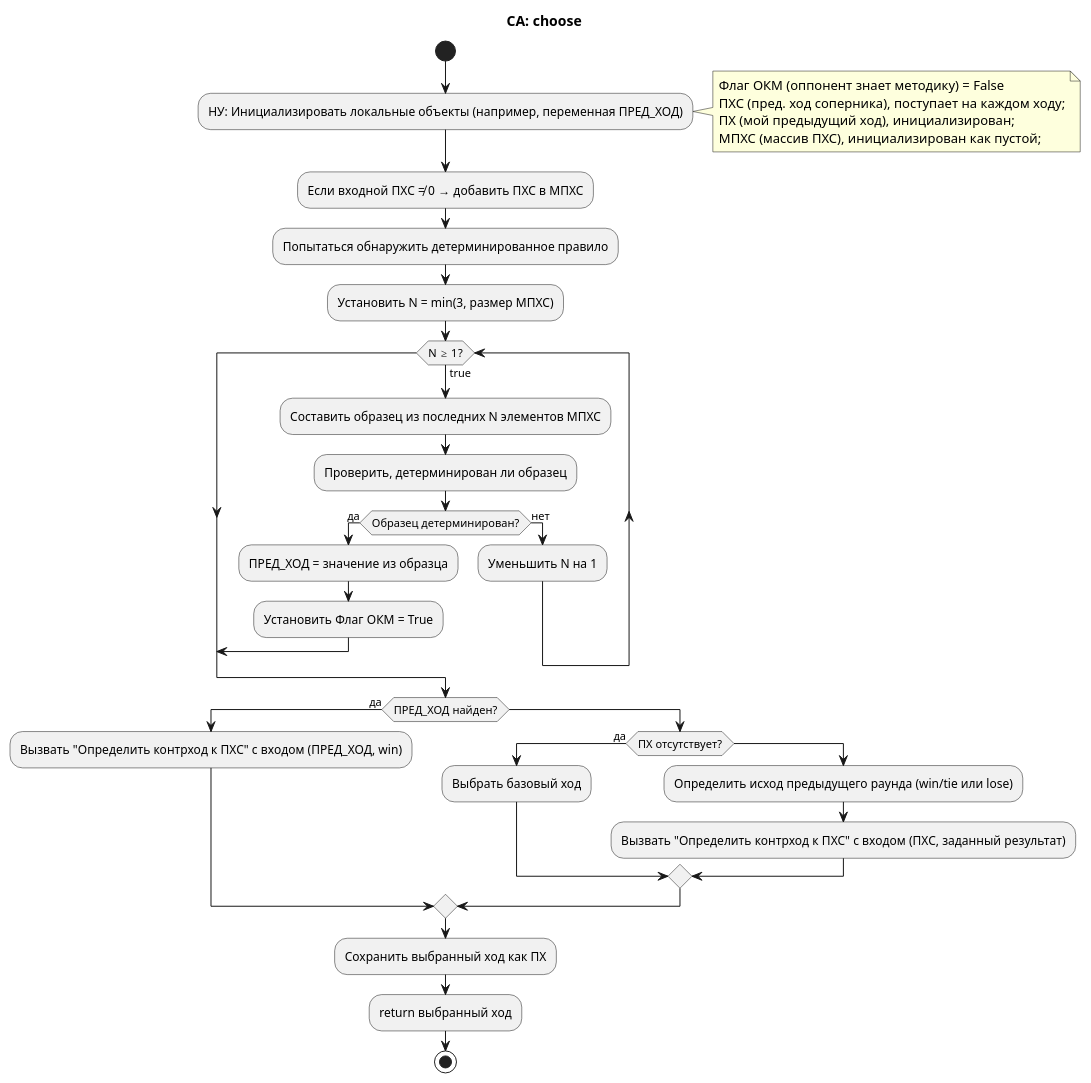
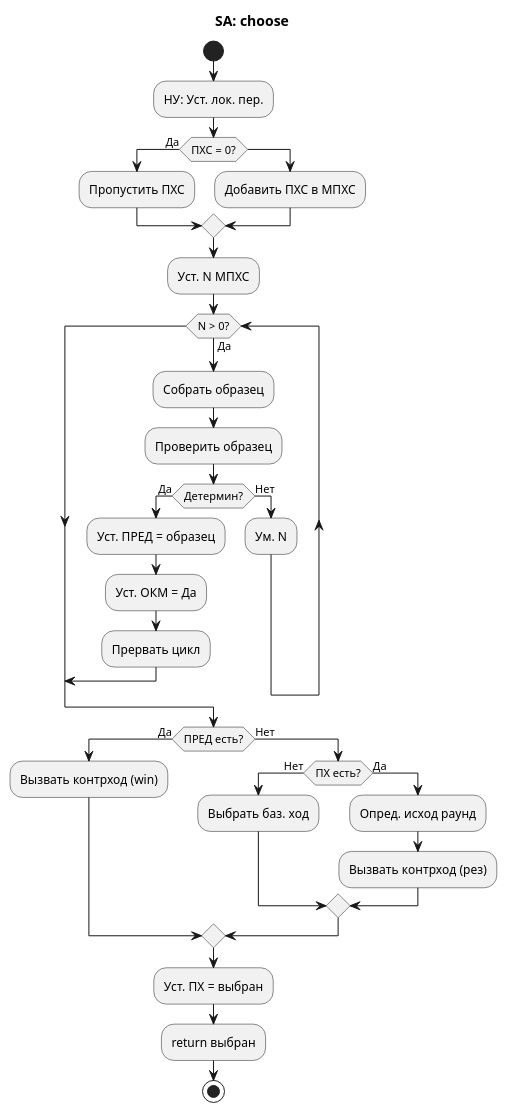
The diagram in plantuml/choose.puml (Soundflog/rps-bot-python), drawn with PlantUML before and after one commit. The commit also changed other lines of this file and 1 other file, not shown here.

Commit message:
SA Choose puml

```diff
--- a/plantuml/choose.puml
+++ b/plantuml/choose.puml
@@ -1,40 +1,36 @@
 @startuml SA_choose
-title СА: choose
+title SA: choose
 start
-:НУ: Инициализировать локальные объекты (например, переменная ПРЕД_ХОД);
-note right
-    Флаг ОКМ (оппонент знает методику) = False
-    ПХС (пред. ход соперника), поступает на каждом ходу;
-    ПХ (мой предыдущий ход), инициализирован;
-    МПХС (массив ПХС), инициализирован как пустой;
-end note
-:Если входной ПХС ≠ 0 → добавить ПХС в МПХС;
-:Попытаться обнаружить детерминированное правило;
-
-:Установить N = min(3, размер МПХС);
-while (N ≥ 1?) is (true)
-  :Составить образец из последних N элементов МПХС;
-  :Проверить, детерминирован ли образец;
-  if (Образец детерминирован?) then (да)
-    :ПРЕД_ХОД = значение из образца;
-    :Установить Флаг ОКМ = True;
+:НУ: Уст. лок. пер.;
+if (ПХС = 0?) then (Да)
+  :Пропустить ПХС;
+else
+  :Добавить ПХС в МПХС;
+endif
+:Уст. N МПХС;
+while (N > 0?) is (Да)
+  :Собрать образец;
+  :Проверить образец;
+  if (Детермин?) then (Да)
+    :Уст. ПРЕД = образец;
+    :Уст. ОКМ = Да;
+    :Прервать цикл;
     break
-  else (нет)
-    :Уменьшить N на 1;
+  else (Нет)
+    :Ум. N;
   endif
 endwhile
-
-if (ПРЕД_ХОД найден?) then (да)
-  :Вызвать "Определить контрход к ПХС" с входом (ПРЕД_ХОД, win);
-else
-  if (ПХ отсутствует?) then (да)
-    :Выбрать базовый ход;
-  else
-    :Определить исход предыдущего раунда (win/tie или lose);
-    :Вызвать "Определить контрход к ПХС" с входом (ПХС, заданный результат);
+if (ПРЕД есть?) then (Да)
+  :Вызвать контрход (win);
+else (Нет)
+  if (ПХ есть?) then (Нет)
+    :Выбрать баз. ход;
+  else (Да)
+    :Опред. исход раунд;
+    :Вызвать контрход (рез);
   endif
 endif
-:Сохранить выбранный ход как ПХ;
-:return выбранный ход;
+:Уст. ПХ = выбран;
+:return выбран;
 stop
 @enduml
```
